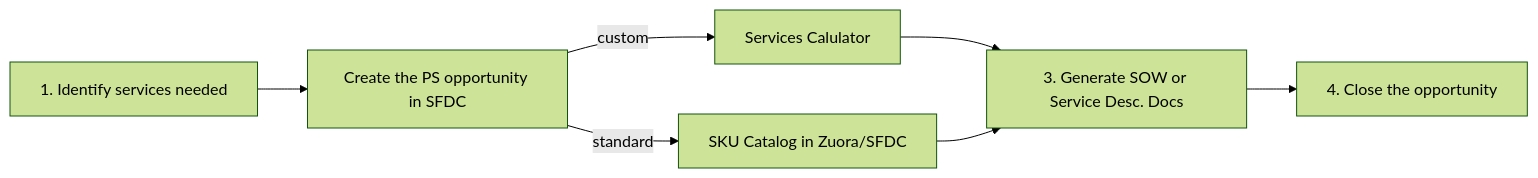
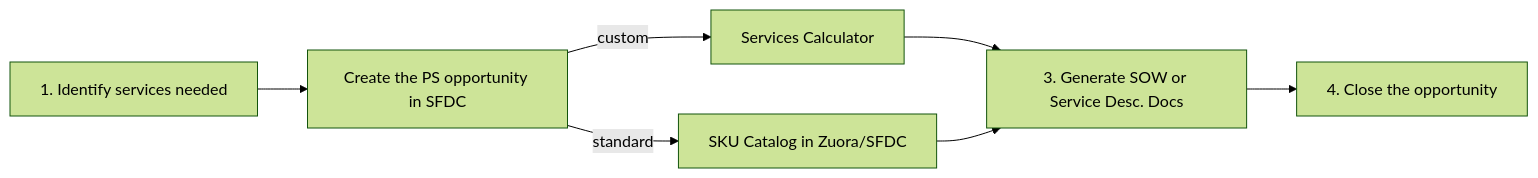
Before and after one commit to secretstartups/handbook: the diagram in customer-success/professional-services-engineering/selling/index.html.md, drawn with Mermaid (forest theme). The commit also changed other lines of this file and 7 other files, not shown here.

````diff
--- a/customer-success/professional-services-engineering/selling/index.html.md
+++ b/customer-success/professional-services-engineering/selling/index.html.md
@@ -24,9 +24,9 @@
 ```mermaid
 graph LR;
   a["1. Identify services needed "]-->b["Create the PS opportunity in SFDC"];
-  b--custom-->c["Services Calulator"];
+  b--custom-->c["Services Calculator"];
   b--standard-->d["SKU Catalog in Zuora/SFDC"];
   c-->e["3. Generate SOW or Service Desc. Docs"];
   d-->e;
   e-->f["4. Close the opportunity"];
 ```
````
